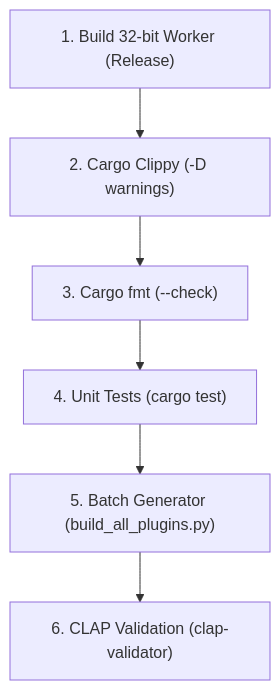
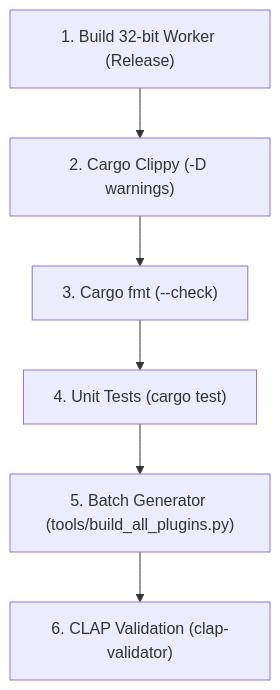
The diagram in .agents/skills/zfx-codebase-modernization/SKILL.md (ardek66/zfx-control-clap), drawn with Mermaid before and after one commit. The commit also changed other lines of this file and 6 other files, not shown here.

Commit message:
refactor(tools): move all user-facing tools to tools/ subdirectory

````diff
--- a/.agents/skills/zfx-codebase-modernization/SKILL.md
+++ b/.agents/skills/zfx-codebase-modernization/SKILL.md
@@ -287,8 +287,8 @@
 ```mermaid
 flowchart TD
     Step1["1. Build 32-bit Worker (Release)"] --> Step2["2. Cargo Clippy (-D warnings)"]
     Step2 --> Step3["3. Cargo fmt (--check)"]
     Step3 --> Step4["4. Unit Tests (cargo test)"]
-    Step4 --> Step5["5. Batch Generator (build_all_plugins.py)"]
+    Step4 --> Step5["5. Batch Generator (tools/build_all_plugins.py)"]
     Step5 --> Step6["6. CLAP Validation (clap-validator)"]
 ```
````
